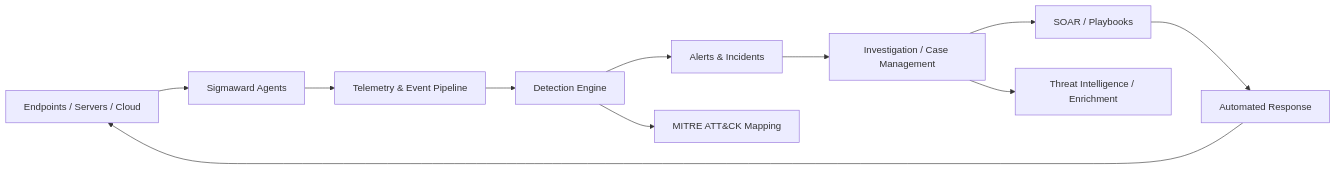
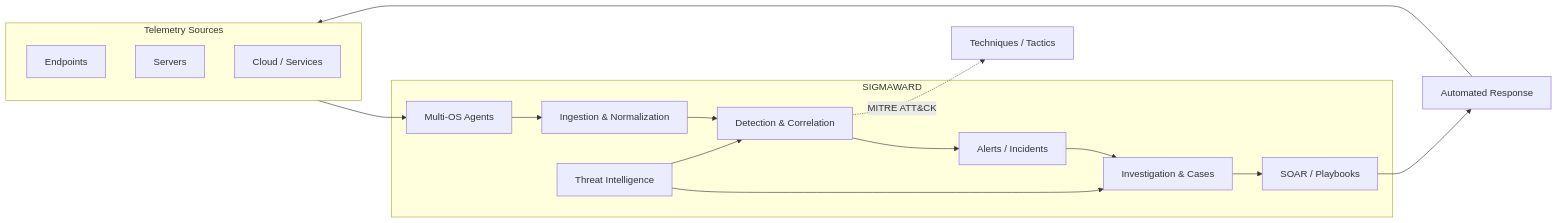
One commit to wagnerbocchi/wagnerbocchi changed the diagram in README.md. Above: the diagram before and after it, drawn with Mermaid. The commit also changed other lines of this file, not shown here.

````diff
--- a/README.md
+++ b/README.md
@@ -47,14 +47,26 @@
 ```mermaid
 flowchart LR
-    A[Endpoints / Servers / Cloud] --> B[Sigmaward Agents]
-    B --> C[Telemetry & Event Pipeline]
-    C --> D[Detection Engine]
-    D --> E[Alerts & Incidents]
-    E --> F[Investigation / Case Management]
-    F --> G[SOAR / Playbooks]
-    G --> H[Automated Response]
-    H --> A
+    subgraph Sources[Telemetry Sources]
+        E[Endpoints]
+        S[Servers]
+        C[Cloud / Services]
+    end
 
-    D --> I[MITRE ATT&CK Mapping]
-    F --> J[Threat Intelligence / Enrichment]
+    subgraph Sigmaward[SIGMAWARD]
+        AG[Multi-OS Agents]
+        IN[Ingestion & Normalization]
+        DE[Detection & Correlation]
+        IR[Alerts / Incidents]
+        CM[Investigation & Cases]
+        SO[SOAR / Playbooks]
+        TI[Threat Intelligence]
+    end
+
+    Sources --> AG --> IN --> DE --> IR --> CM --> SO
+    TI --> CM
+    TI --> DE
+    SO --> R[Automated Response]
+    R --> Sources
+
+    DE -. MITRE ATT&CK .-> M[Techniques / Tactics]
 ```
````
